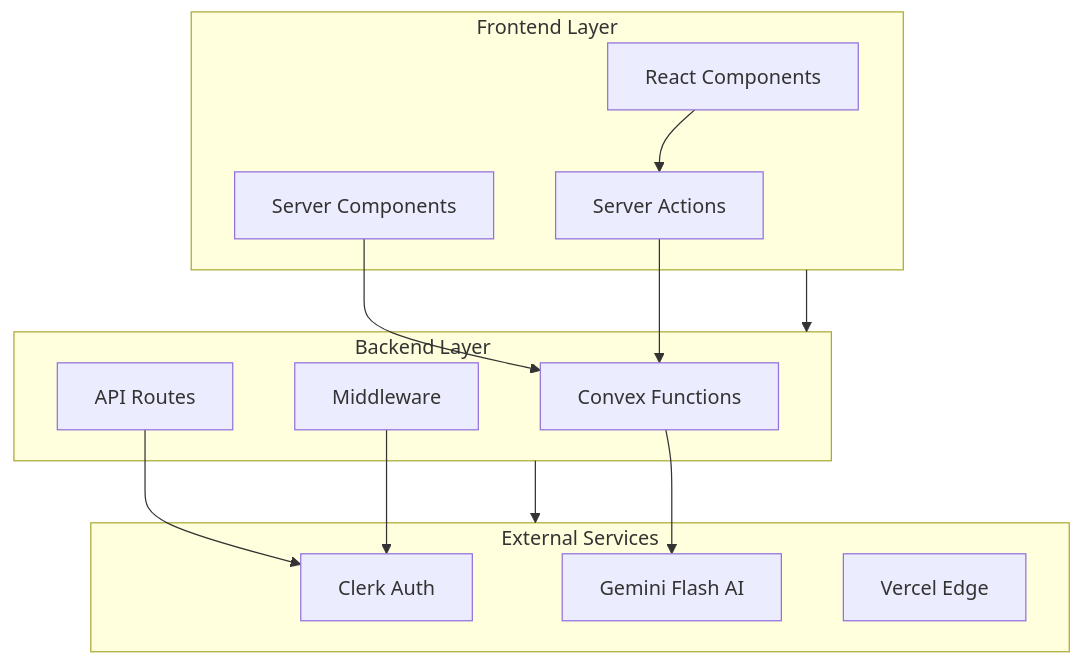
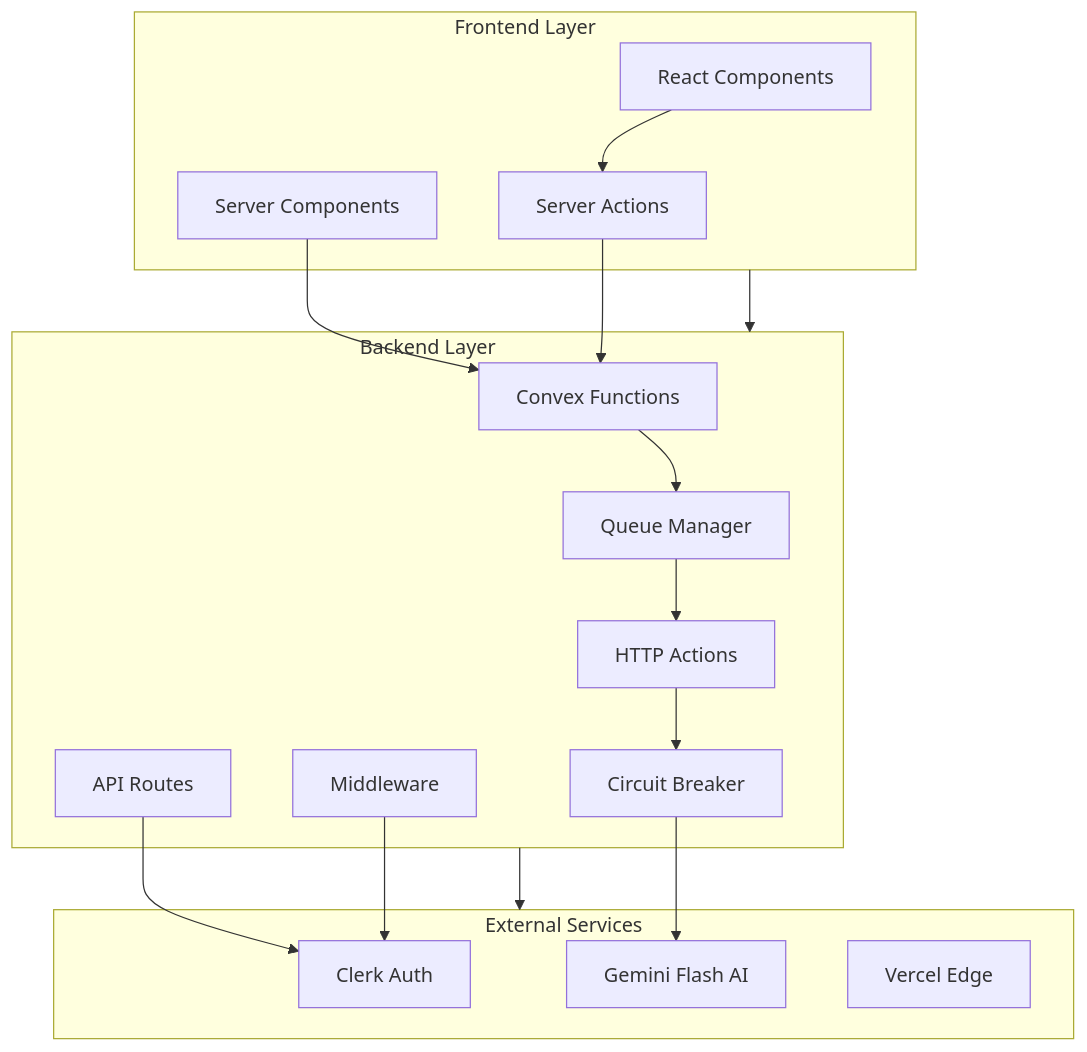
Before and after one commit to tcynic/resonant: the first of 2 diagrams in docs/architecture/api-specifications-and-data-flow.md, drawn with Mermaid. The commit also changed other lines of this file and 12 other files, not shown here.

First line of the commit message:
docs: Complete HTTP Actions architecture migration documentation

````diff
--- a/docs/architecture/api-specifications-and-data-flow.md
+++ b/docs/architecture/api-specifications-and-data-flow.md
@@ -82,30 +83,36 @@
 ```mermaid
 graph TB
     subgraph Frontend["Frontend Layer"]
         UI[React Components]
         SA[Server Actions]
         SC[Server Components]
     end
 
     subgraph Backend["Backend Layer"]
         CV[Convex Functions]
         AR[API Routes]
         MW[Middleware]
+        HA[HTTP Actions]
+        QM[Queue Manager]
+        CB[Circuit Breaker]
     end
 
     subgraph External["External Services"]
         CLK[Clerk Auth]
         GEM[Gemini Flash AI]
         VER[Vercel Edge]
     end
 
     UI --> SA
     SC --> CV
     SA --> CV
     AR --> CLK
-    CV --> GEM
+    CV --> QM
+    QM --> HA
+    HA --> CB
+    CB --> GEM
     MW --> CLK
 
     Frontend --> Backend
     Backend --> External
 ```
````
